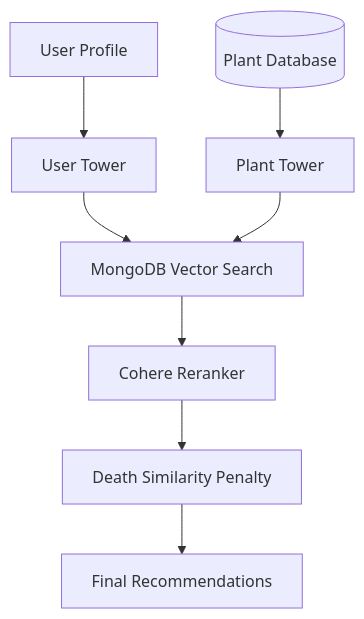
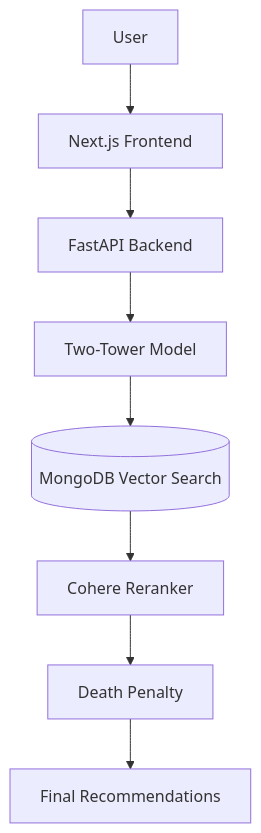
The first of 4 diagrams in README.md (JaredAung/HowToNotKillYourPlants), drawn with Mermaid before and after one commit. The commit also changed other lines of this file and 1 other file, not shown here.

````diff
--- a/README.md
+++ b/README.md
@@ -53,27 +66,11 @@
 ```mermaid
 flowchart TD
-
-User[User Profile]
-PlantDB[(Plant Database)]
-
-User --> UserEmbedding
-PlantDB --> PlantEmbedding
-
-UserEmbedding[User Tower]
-PlantEmbedding[Plant Tower]
-
-UserEmbedding --> VectorSearch
-PlantEmbedding --> VectorSearch
-
-VectorSearch[MongoDB Vector Search]
-
-VectorSearch --> Reranker
-
-Reranker[Cohere Reranker]
-
-Reranker --> DeathPenalty
-
-DeathPenalty[Death Similarity Penalty]
-
-DeathPenalty --> Results[Final Recommendations]
+    User[User]
+    User --> NextJS[Next.js Frontend]
+    NextJS --> FastAPI[FastAPI Backend]
+    FastAPI --> TwoTower[Two-Tower Model]
+    TwoTower --> MongoVec[(MongoDB Vector Search)]
+    MongoVec --> Cohere[Cohere Reranker]
+    Cohere --> DeathPenalty[Death Penalty]
+    DeathPenalty --> Results[Final Recommendations]
 ```
````
